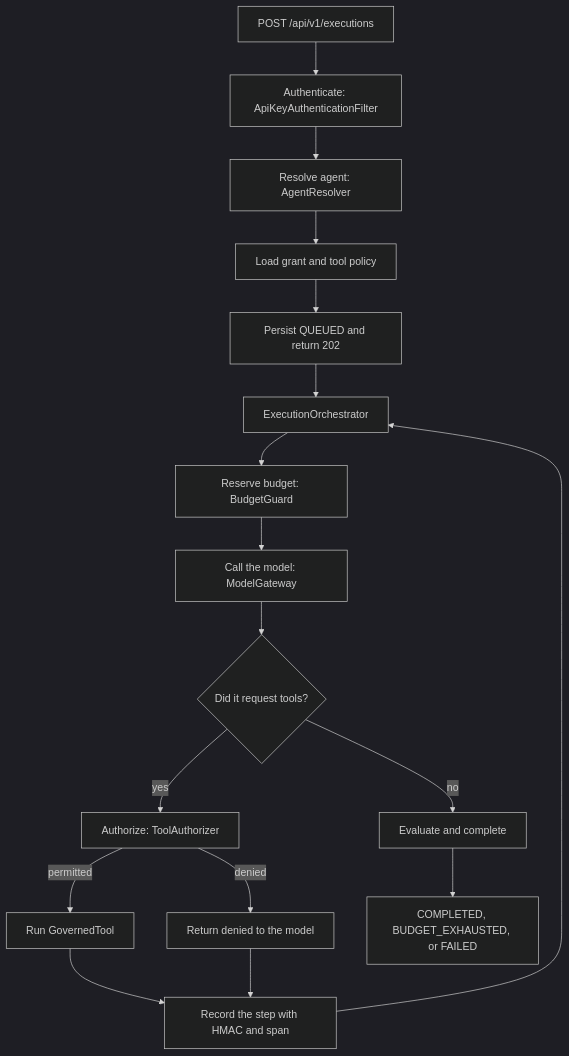
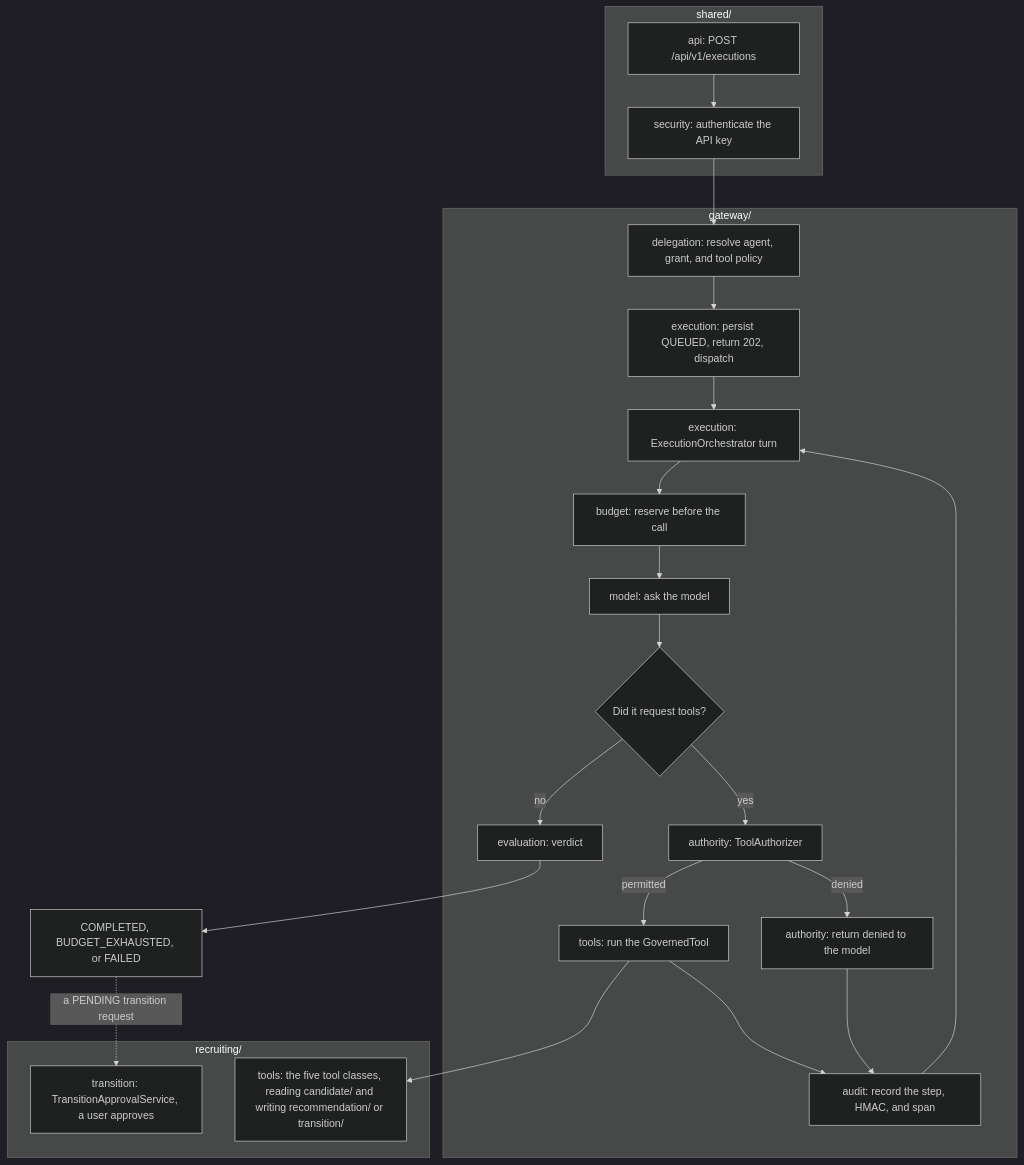
The diagram in ai-execution-gateway/docs/architecture.md (josalero/learning-with-me), drawn with Mermaid (dark theme) before and after one commit. The commit also changed other lines of this file and 305 other files, not shown here.

````diff
--- a/ai-execution-gateway/docs/architecture.md
+++ b/ai-execution-gateway/docs/architecture.md
@@ -9,19 +11,34 @@
 ```mermaid
 flowchart TD
-  Req["POST /api/v1/executions"] --> Auth["Authenticate: ApiKeyAuthenticationFilter"]
-  Auth --> Agent["Resolve agent: AgentResolver"]
-  Agent --> Perms["Load grant and tool policy"]
-  Perms --> Queue["Persist QUEUED and return 202"]
-  Queue --> Loop["ExecutionOrchestrator"]
-  Loop --> Budget["Reserve budget: BudgetGuard"]
-  Budget --> Model["Call the model: ModelGateway"]
-  Model --> Decide{"Did it request tools?"}
-  Decide -->|no| Eval["Evaluate and complete"]
-  Decide -->|yes| Authz["Authorize: ToolAuthorizer"]
-  Authz -->|permitted| Exec["Run GovernedTool"]
-  Authz -->|denied| Deny["Return denied to the model"]
-  Exec --> Record["Record the step with HMAC and span"]
+  subgraph shared["shared/"]
+    Req["api: POST /api/v1/executions"] --> Auth["security: authenticate the API key"]
+  end
+  subgraph gateway["gateway/"]
+    Agent["delegation: resolve agent, grant, and tool policy"]
+    Queue["execution: persist QUEUED, return 202, dispatch"]
+    Loop["execution: ExecutionOrchestrator turn"]
+    Budget["budget: reserve before the call"]
+    Model["model: ask the model"]
+    Decide{"Did it request tools?"}
+    Authz["authority: ToolAuthorizer"]
+    Exec["tools: run the GovernedTool"]
+    Deny["authority: return denied to the model"]
+    Record["audit: record the step, HMAC, and span"]
+    Eval["evaluation: verdict"]
+  end
+  subgraph recruiting["recruiting/"]
+    Impl["tools: the five tool classes, reading candidate/ and writing recommendation/ or transition/"]
+    Approve["transition: TransitionApprovalService, a user approves"]
+  end
+  Auth --> Agent --> Queue --> Loop --> Budget --> Model --> Decide
+  Decide -->|no| Eval
+  Decide -->|yes| Authz
+  Authz -->|permitted| Exec
+  Exec --> Impl
+  Authz -->|denied| Deny
+  Exec --> Record
   Deny --> Record
   Record --> Loop
   Eval --> Done["COMPLETED, BUDGET_EXHAUSTED, or FAILED"]
+  Done -.->|a PENDING transition request| Approve
 ```
````
